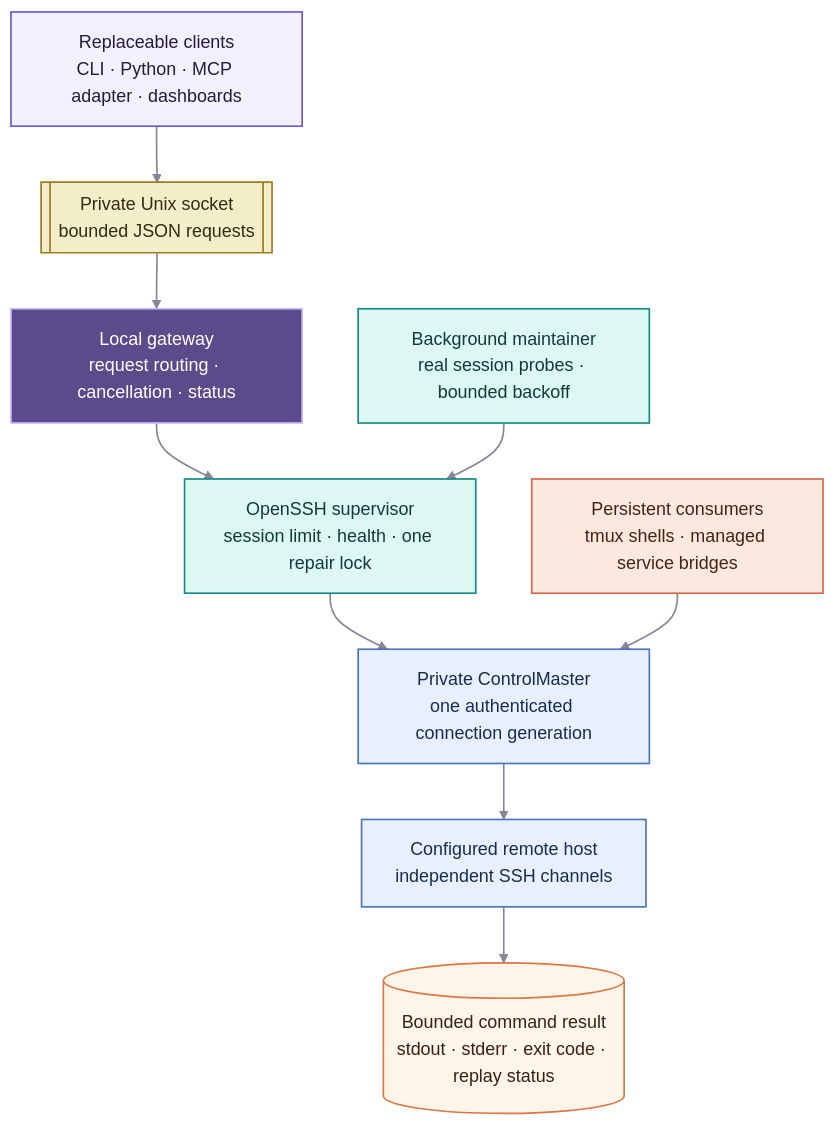
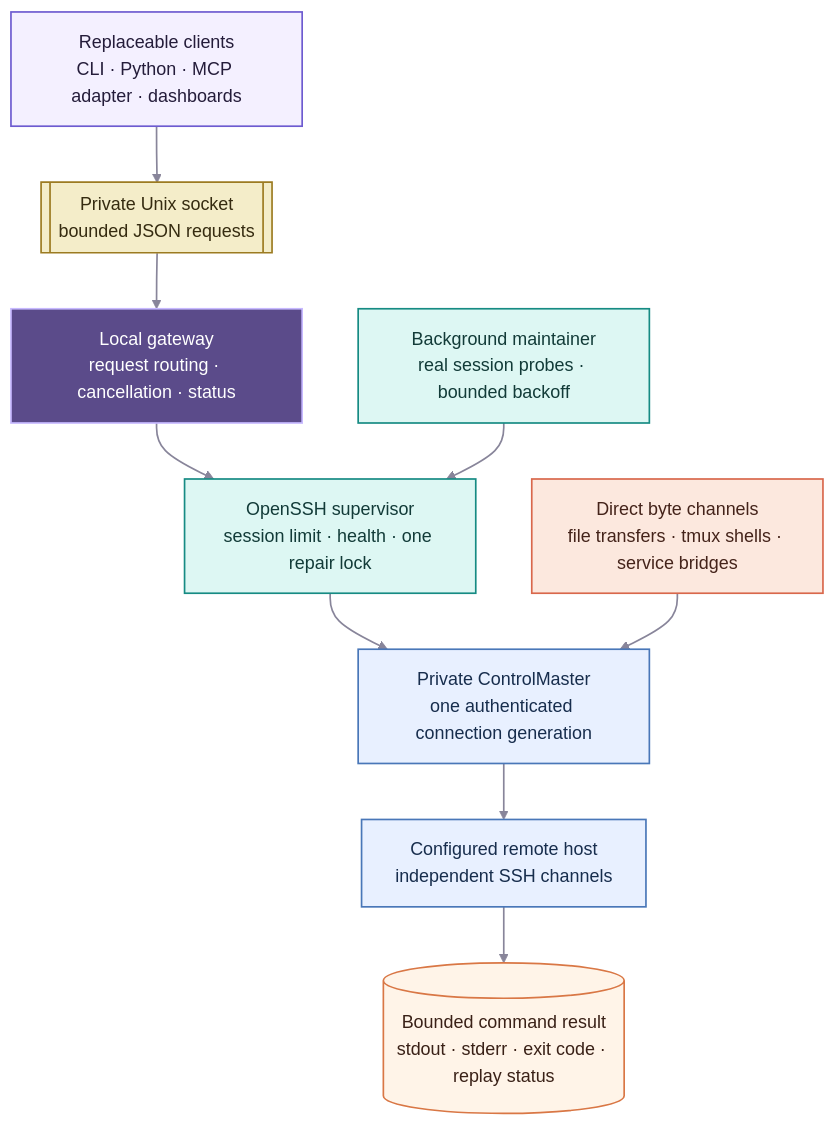
The first of 2 diagrams in README.md (jamaliki/pazuzu), drawn with Mermaid (base theme) before and after one commit. The commit also changed other lines of this file and 10 other files, not shown here.

````diff
--- a/README.md
+++ b/README.md
@@ -15,42 +15,42 @@
 ```mermaid
 flowchart TB
     clients["Replaceable clients
 CLI · Python · MCP adapter · dashboards"]
     socket[["Private Unix socket
 bounded JSON requests"]]
     gateway["Local gateway
 request routing · cancellation · status"]
     supervisor["OpenSSH supervisor
 session limit · health · one repair lock"]
     maintainer["Background maintainer
 real session probes · bounded backoff"]
     master["Private ControlMaster
 one authenticated connection generation"]
-    attachments["Persistent consumers
-tmux shells · managed service bridges"]
+    attachments["Direct byte channels
+file transfers · tmux shells · service bridges"]
     remote["Configured remote host
 independent SSH channels"]
     result[("Bounded command result
 stdout · stderr · exit code · replay status")]
 
     clients --> socket --> gateway --> supervisor --> master --> remote --> result
     maintainer --> supervisor
     attachments --> master
 
     classDef client fill:#F4F0FF,stroke:#6D5BD0,color:#241C3A,stroke-width:1.5px;
     classDef socketNode fill:#F4EDC9,stroke:#9C7B21,color:#352B10,stroke-width:1.5px;
     classDef core fill:#5B4B8A,stroke:#C7B9FF,color:#FFFFFF,stroke-width:1.5px;
     classDef supervisorNode fill:#DDF7F3,stroke:#168B83,color:#123B38,stroke-width:1.5px;
     classDef transport fill:#E8F0FF,stroke:#4977B8,color:#172D4D,stroke-width:1.5px;
     classDef attachment fill:#FCE8DE,stroke:#D9674B,color:#44231A,stroke-width:1.5px;
     classDef resultNode fill:#FFF4E8,stroke:#D97745,color:#3A2117,stroke-width:1.5px;
 
     class clients client;
     class socket socketNode;
     class gateway core;
     class supervisor,maintainer supervisorNode;
     class master,remote transport;
     class attachments attachment;
     class result resultNode;
     linkStyle default stroke:#88859A,stroke-width:1.5px;
 ```
````
